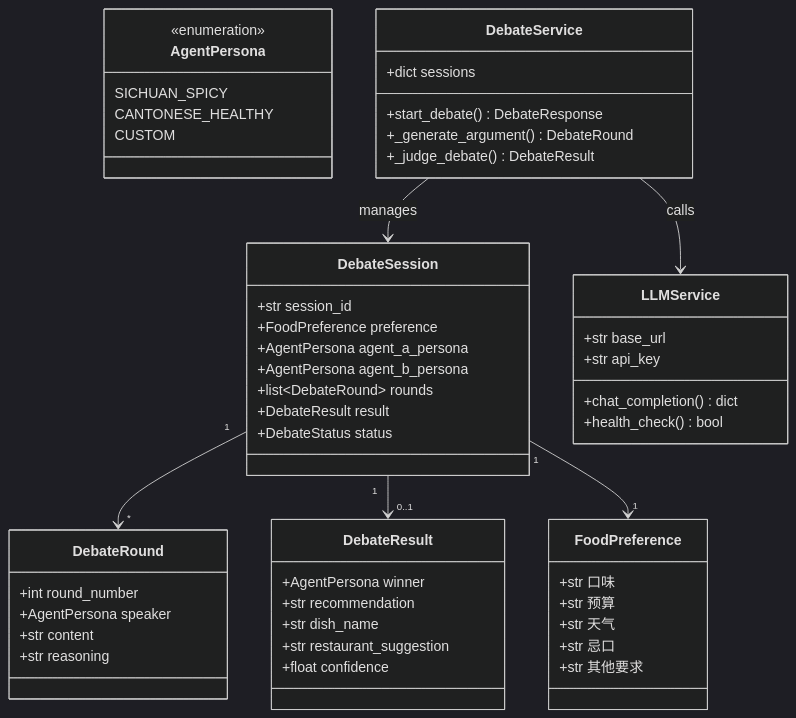
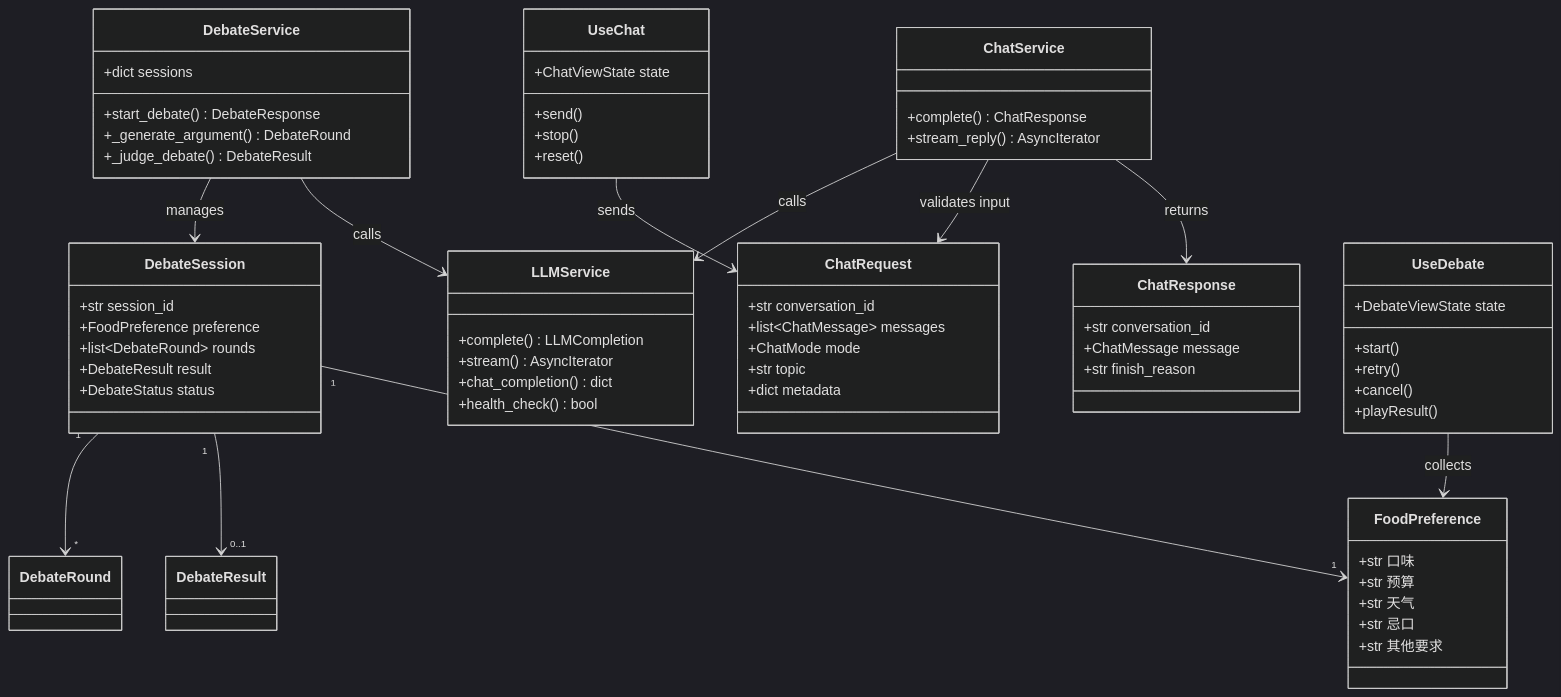
The third of 6 diagrams in docs/system_design.md (wez798/cyber-foodie-debate), drawn with Mermaid (dark theme) before and after one commit. The commit also changed other lines of this file and 43 other files, not shown here.

````diff
--- a/docs/system_design.md
+++ b/docs/system_design.md
@@ -59,62 +84,77 @@
 ```mermaid
 classDiagram
     class FoodPreference {
         +str 口味
         +str 预算
         +str 天气
         +str 忌口
         +str 其他要求
     }
 
-    class AgentPersona {
-        <<enumeration>>
-        SICHUAN_SPICY
-        CANTONESE_HEALTHY
-        CUSTOM
-    }
-
-    class DebateRound {
-        +int round_number
-        +AgentPersona speaker
-        +str content
-        +str reasoning
-    }
-
-    class DebateResult {
-        +AgentPersona winner
-        +str recommendation
-        +str dish_name
-        +str restaurant_suggestion
-        +float confidence
-    }
-
     class DebateSession {
         +str session_id
         +FoodPreference preference
-        +AgentPersona agent_a_persona
-        +AgentPersona agent_b_persona
         +list~DebateRound~ rounds
         +DebateResult result
         +DebateStatus status
+    }
+
+    class ChatRequest {
+        +str conversation_id
+        +list~ChatMessage~ messages
+        +ChatMode mode
+        +str topic
+        +dict metadata
+    }
+
+    class ChatResponse {
+        +str conversation_id
+        +ChatMessage message
+        +str finish_reason
+    }
+
+    class ChatService {
+        +complete() ChatResponse
+        +stream_reply() AsyncIterator
     }
 
     class DebateService {
         +dict sessions
         +start_debate() DebateResponse
         +_generate_argument() DebateRound
         +_judge_debate() DebateResult
     }
 
     class LLMService {
-        +str base_url
-        +str api_key
+        +complete() LLMCompletion
+        +stream() AsyncIterator
         +chat_completion() dict
         +health_check() bool
+    }
+
+    class UseChat {
+        +ChatViewState state
+        +send()
+        +stop()
+        +reset()
+    }
+
+    class UseDebate {
+        +DebateViewState state
+        +start()
+        +retry()
+        +cancel()
+        +playResult()
     }
 
     DebateSession "1" --> "*" DebateRound
     DebateSession "1" --> "0..1" DebateResult
     DebateSession "1" --> "1" FoodPreference
     DebateService --> DebateSession : manages
     DebateService --> LLMService : calls
+    ChatService --> LLMService : calls
+    ChatService --> ChatRequest : validates input
+    ChatService --> ChatResponse : returns
+    UseChat --> ChatRequest : sends
+    UseDebate --> FoodPreference : collects
 ```
````
